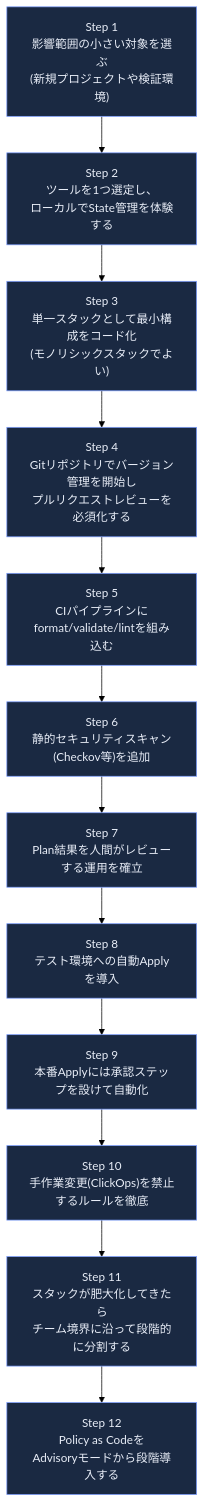
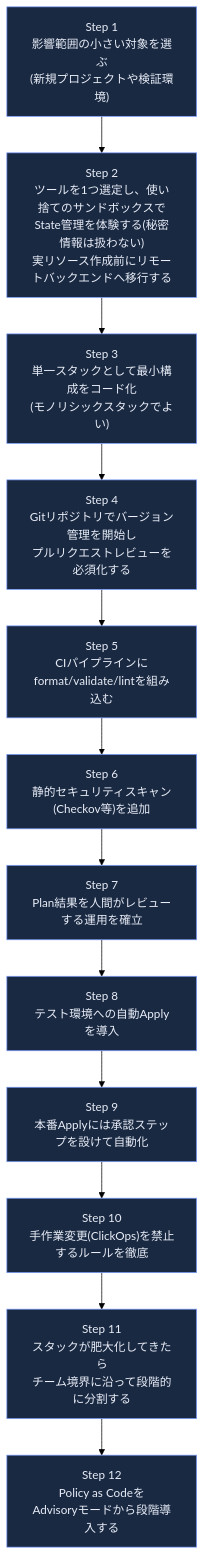
One commit to myoshi2891/Cloud-Infrastructure-Studies changed diagram 26 of 26 in Infrastructure-as-code-guide.md. Above: the diagram before and after it, drawn with Mermaid (forest theme). The commit also changed other lines of this file, not shown here.

````diff
--- a/Infrastructure-as-code-guide.md
+++ b/Infrastructure-as-code-guide.md
@@ -851,17 +858,17 @@
 ```mermaid
 flowchart TB
-    S1["Step 1<br/>影響範囲の小さい対象を選ぶ<br/>(新規プロジェクトや検証環境)"] --> S2["Step 2<br/>ツールを1つ選定し、<br/>ローカルでState管理を体験する"]
+    S1["Step 1<br/>影響範囲の小さい対象を選ぶ<br/>(新規プロジェクトや検証環境)"] --> S2["Step 2<br/>ツールを1つ選定し、使い捨てのサンドボックスで<br/>State管理を体験する(秘密情報は扱わない)<br/>実リソース作成前にリモートバックエンドへ移行する"]
     S2 --> S3["Step 3<br/>単一スタックとして最小構成をコード化<br/>(モノリシックスタックでよい)"]
     S3 --> S4["Step 4<br/>Gitリポジトリでバージョン管理を開始し<br/>プルリクエストレビューを必須化する"]
     S4 --> S5["Step 5<br/>CIパイプラインにformat/validate/lintを組み込む"]
     S5 --> S6["Step 6<br/>静的セキュリティスキャン(Checkov等)を追加"]
     S6 --> S7["Step 7<br/>Plan結果を人間がレビューする運用を確立"]
     S7 --> S8["Step 8<br/>テスト環境への自動Applyを導入"]
     S8 --> S9["Step 9<br/>本番Applyには承認ステップを設けて自動化"]
     S9 --> S10["Step 10<br/>手作業変更(ClickOps)を禁止するルールを徹底"]
     S10 --> S11["Step 11<br/>スタックが肥大化してきたら<br/>チーム境界に沿って段階的に分割する"]
     S11 --> S12["Step 12<br/>Policy as Codeを<br/>Advisoryモードから段階導入する"]
 
     classDef stepFill fill:#1a2942,stroke:#7c9eff,color:#e8edf7
     class S1,S2,S3,S4,S5,S6,S7,S8,S9,S10,S11,S12 stepFill
 ```
````
